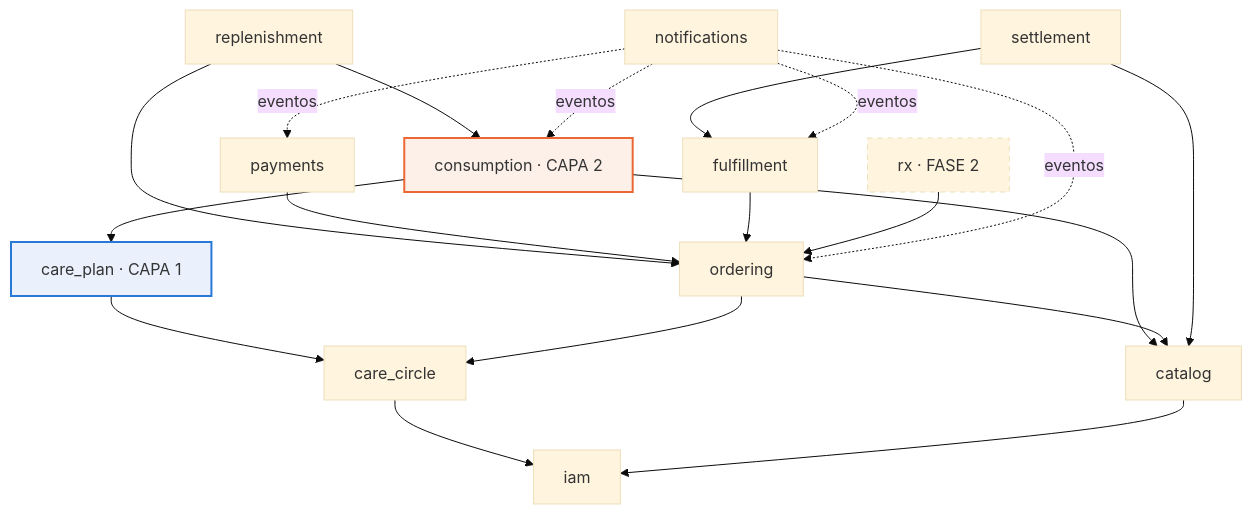
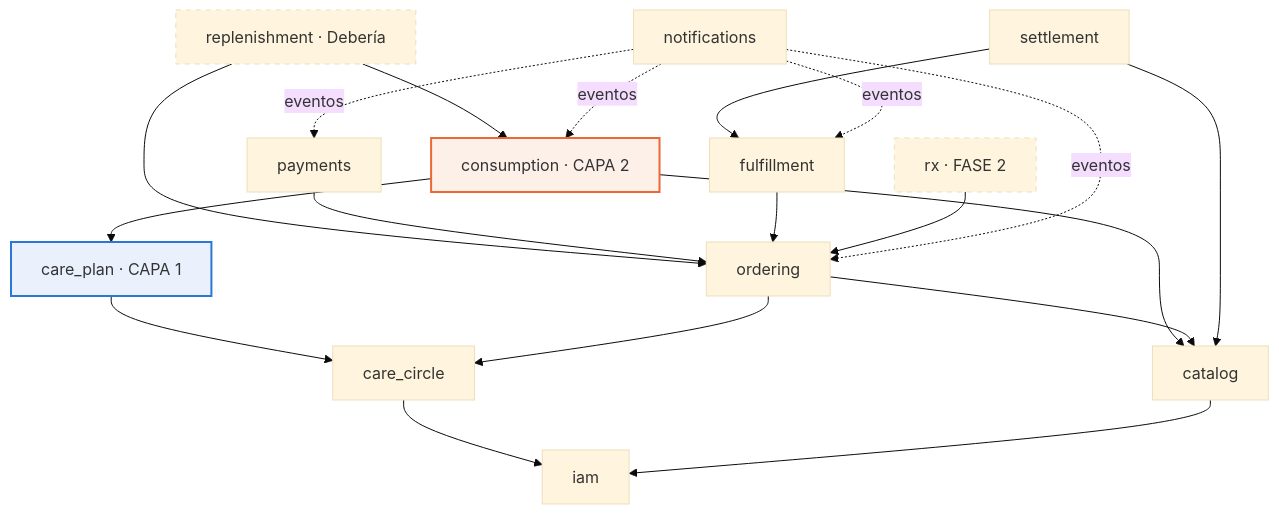
One commit to MartinHenriquez131/MATU changed the fourth of 11 diagrams in Docs/arquitectura.md. Above: the diagram before and after it, drawn with Mermaid (base theme). The commit also changed other lines of this file, not shown here.

````diff
--- a/Docs/arquitectura.md
+++ b/Docs/arquitectura.md
@@ -391,38 +413,39 @@
 ```mermaid
 graph TD
     IAM[iam]
     CC[care_circle]
     CP["care_plan · CAPA 1"]
     CO["consumption · CAPA 2"]
     CAT[catalog]
-    SUB["replenishment"]
+    SUB["replenishment · Debería"]
     ORD[ordering]
     PAY[payments]
     FUL[fulfillment]
     SET[settlement]
     RX["rx · FASE 2"]
     NOT[notifications]
 
     CC --> IAM
     CP --> CC
     CO --> CP
     CO --> CAT
     CAT --> IAM
     SUB --> CO
     ORD --> CC
     ORD --> CAT
     SUB --> ORD
     PAY --> ORD
     FUL --> ORD
     SET --> FUL
     SET --> CAT
     RX --> ORD
     NOT -.->|eventos| ORD
     NOT -.->|eventos| PAY
     NOT -.->|eventos| FUL
     NOT -.->|eventos| CO
 
     style CP fill:#eaf1fd,stroke:#2a78d6,stroke-width:2px
     style CO fill:#fdf0e9,stroke:#eb6834,stroke-width:2px
     style RX stroke-dasharray: 5 5
+    style SUB stroke-dasharray: 5 5
 ```
````
